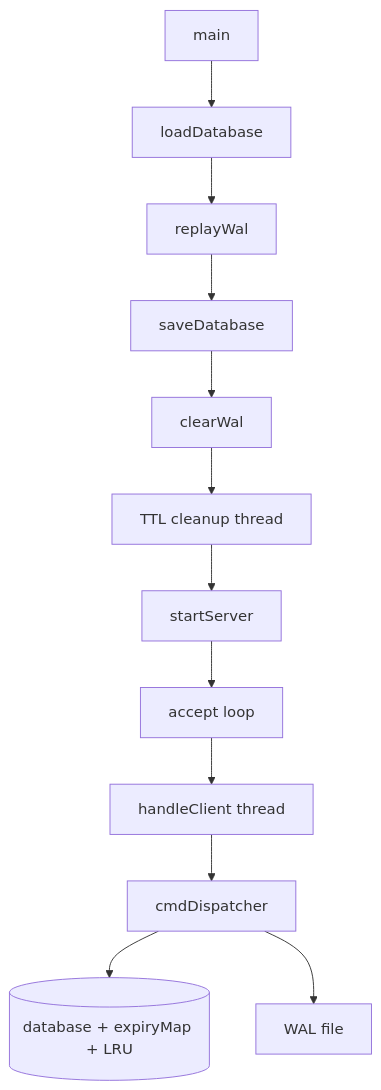
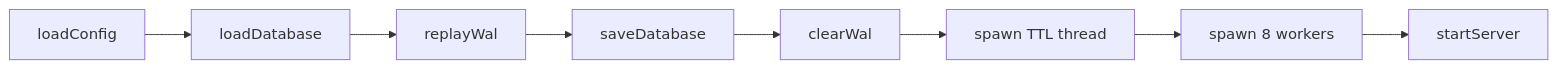
One commit to gaurav-singh2525/redis-inspired-db changed the third of 8 diagrams in README.md. Above: the diagram before and after it, drawn with Mermaid. The commit also changed other lines of this file and 4 other files, not shown here.

````diff
--- a/README.md
+++ b/README.md
@@ -58,14 +129,10 @@
 ```mermaid
-flowchart TB
-    main[main] --> load[loadDatabase]
-    load --> replay[replayWal]
-    replay --> save[saveDatabase]
-    save --> clearWal[clearWal]
-    clearWal --> ttlThread[TTL cleanup thread]
-    ttlThread --> server[startServer]
-    server --> accept[accept loop]
-    accept --> client[handleClient thread]
-    client --> dispatch[cmdDispatcher]
-    dispatch --> db[(database + expiryMap + LRU)]
-    dispatch --> wal[WAL file]
+flowchart LR
+    A[loadConfig] --> B[loadDatabase]
+    B --> C[replayWal]
+    C --> D[saveDatabase]
+    D --> E[clearWal]
+    E --> F[spawn TTL thread]
+    F --> G[spawn 8 workers]
+    G --> H[startServer]
 ```
````
